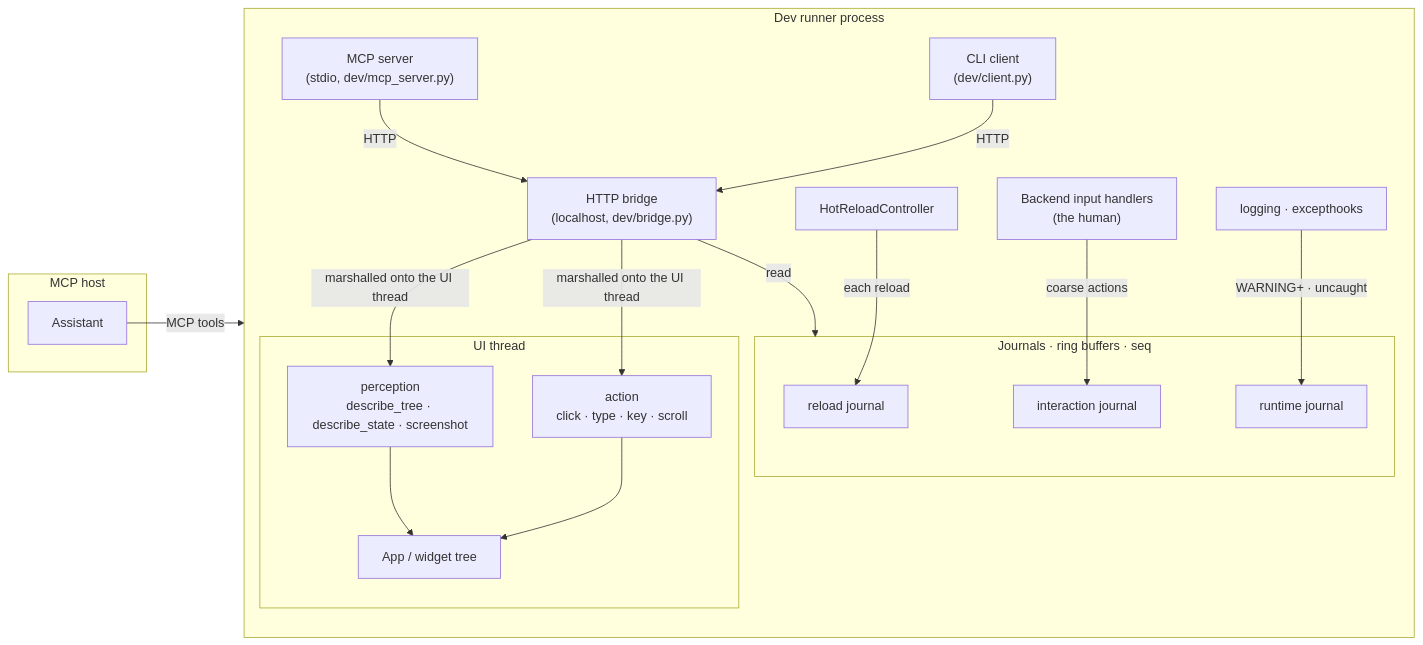
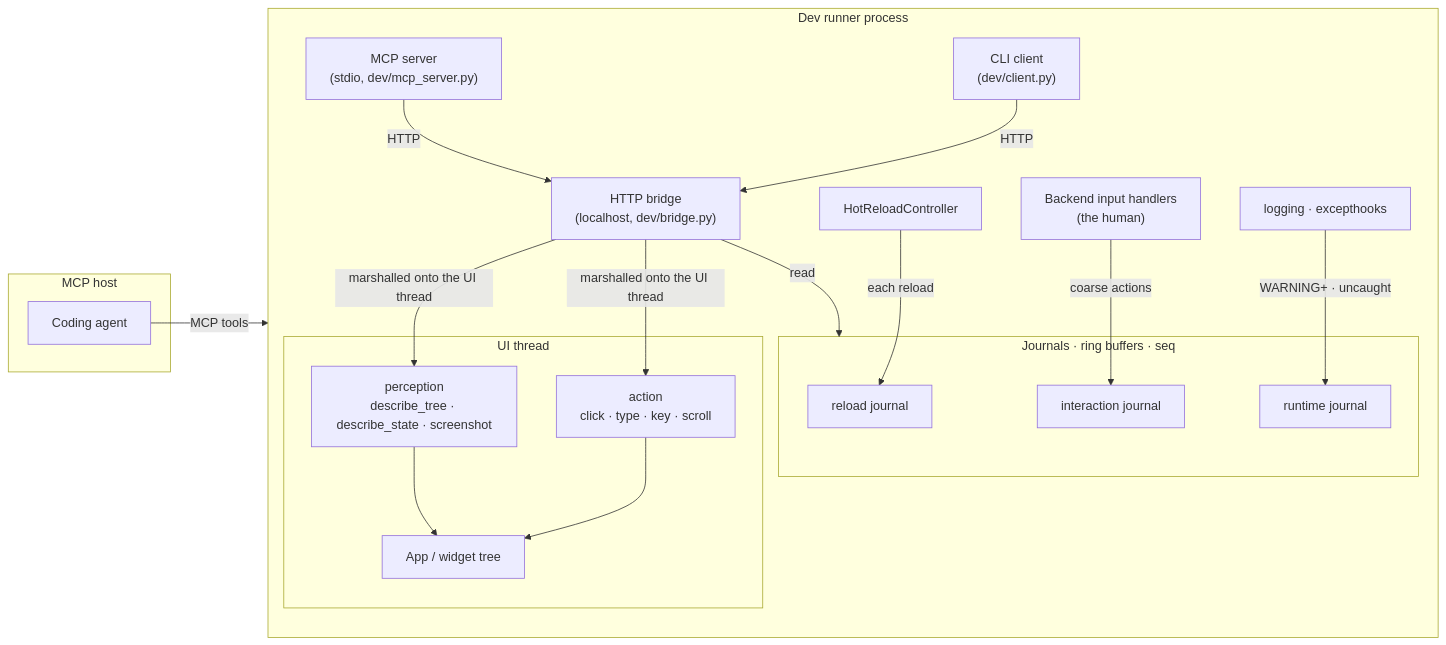
The diagram in docs/design/DEV_BRIDGE.md (yuksblog/nuiitivet), drawn with Mermaid before and after one commit. The commit also changed other lines of this file and 41 other files, not shown here.

First line of the commit message:
docs: one name for the coding agent -- "agent", not "assistant"

````diff
--- a/docs/design/DEV_BRIDGE.md
+++ b/docs/design/DEV_BRIDGE.md
@@ -19,36 +19,36 @@
 ```mermaid
 flowchart LR
     subgraph host[MCP host]
-        assistant[Assistant]
+        agent[Coding agent]
     end
     subgraph devproc[Dev runner process]
         direction TB
         mcp["MCP server<br/>(stdio, dev/mcp_server.py)"]
         cli["CLI client<br/>(dev/client.py)"]
         bridge["HTTP bridge<br/>(localhost, dev/bridge.py)"]
         subgraph ui[UI thread]
             app[App / widget tree]
             perception["perception<br/>describe_tree · describe_state · screenshot"]
             action["action<br/>click · type · key · scroll"]
         end
         subgraph journals[Journals · ring buffers · seq]
             rj[reload journal]
             ij[interaction journal]
             rtj[runtime journal]
         end
         controller["HotReloadController"]
         input["Backend input handlers<br/>(the human)"]
         logs["logging · excepthooks"]
     end
-    assistant -- "MCP tools" --> mcp
+    agent -- "MCP tools" --> mcp
     mcp -- HTTP --> bridge
     cli -- HTTP --> bridge
     bridge -- "marshalled onto the UI thread" --> perception
     bridge -- "marshalled onto the UI thread" --> action
     bridge -- read --> journals
     perception --> app
     action --> app
     controller -- "each reload" --> rj
     input -- "coarse actions" --> ij
     logs -- "WARNING+ · uncaught" --> rtj
 ```
````
